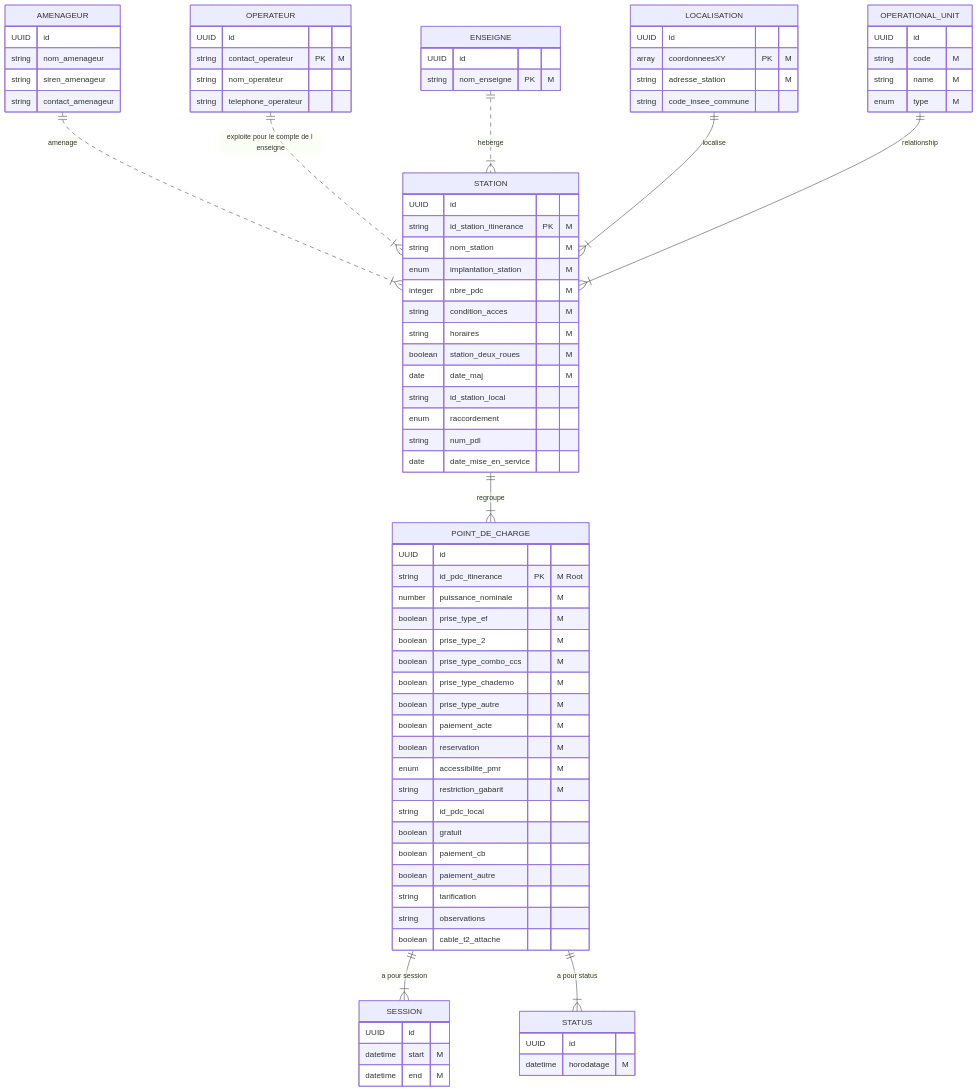
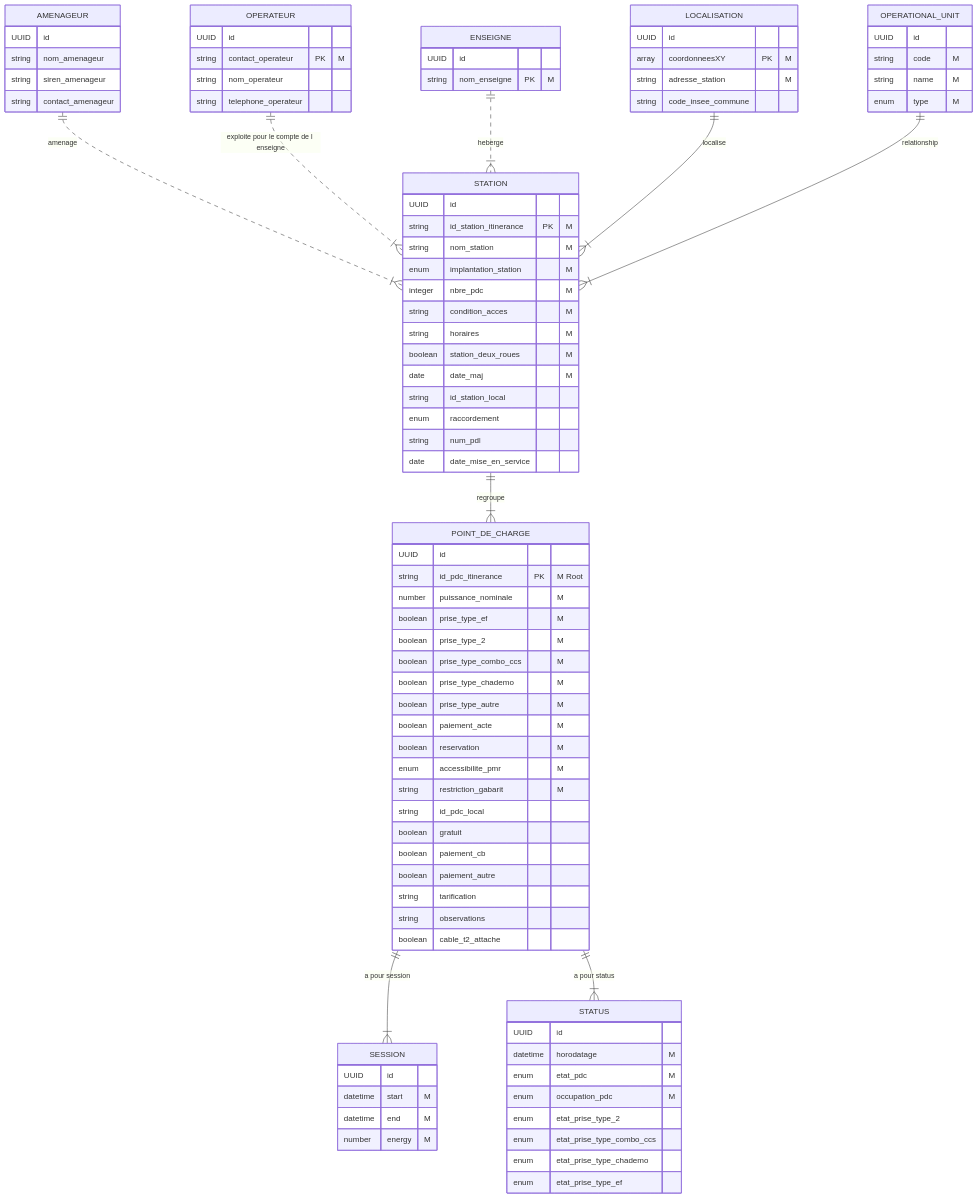
The diagram in indicateurs/files/modeles.md (loco-philippe/IRVE), drawn with Mermaid before and after one commit. The commit also changed other lines of this file and 1 other file, not shown here.

````diff
--- a/indicateurs/files/modeles.md
+++ b/indicateurs/files/modeles.md
@@ -82,10 +88,17 @@
         UUID id 
         datetime start "M"
         datetime end "M"
+        number energy "M"
     }
     POINT_DE_CHARGE ||--|{ STATUS : "a pour status"
     STATUS {
         UUID id 
         datetime horodatage "M"
+        enum     etat_pdc "M"
+        enum     occupation_pdc "M"
+        enum     etat_prise_type_2
+        enum     etat_prise_type_combo_ccs
+        enum     etat_prise_type_chademo
+        enum     etat_prise_type_ef
     }
 ```
````
